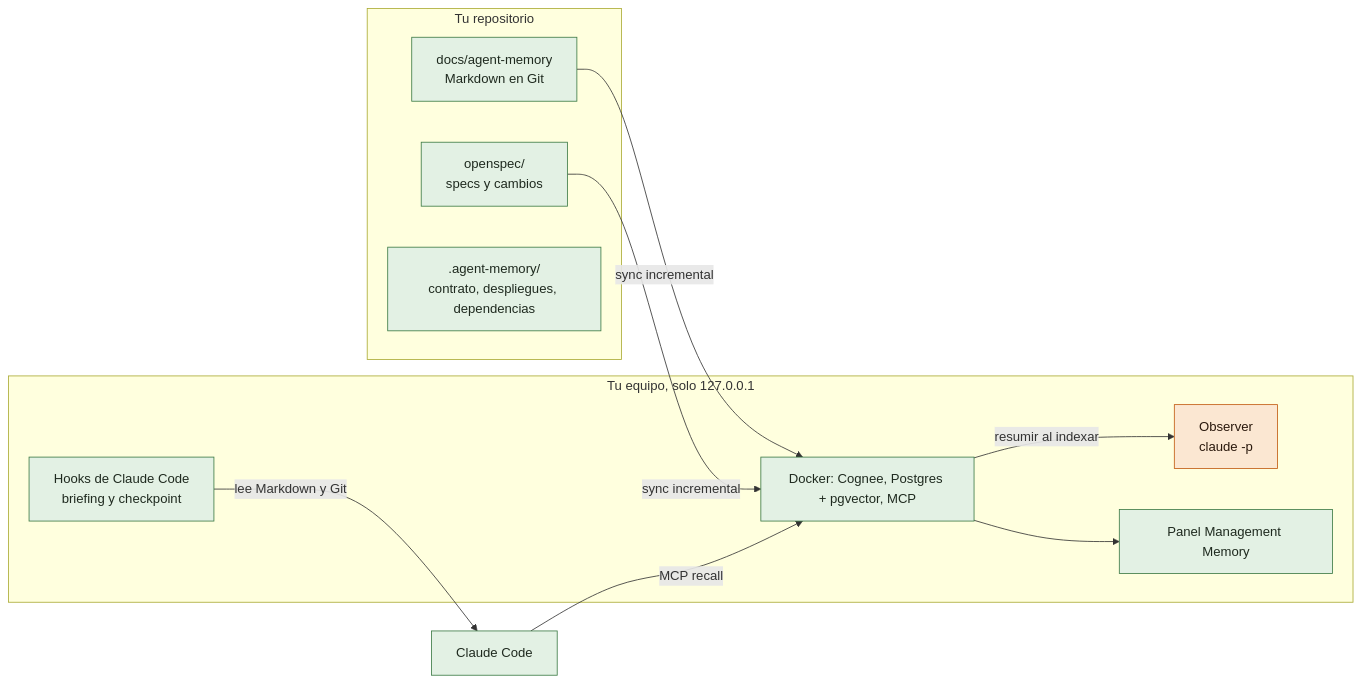
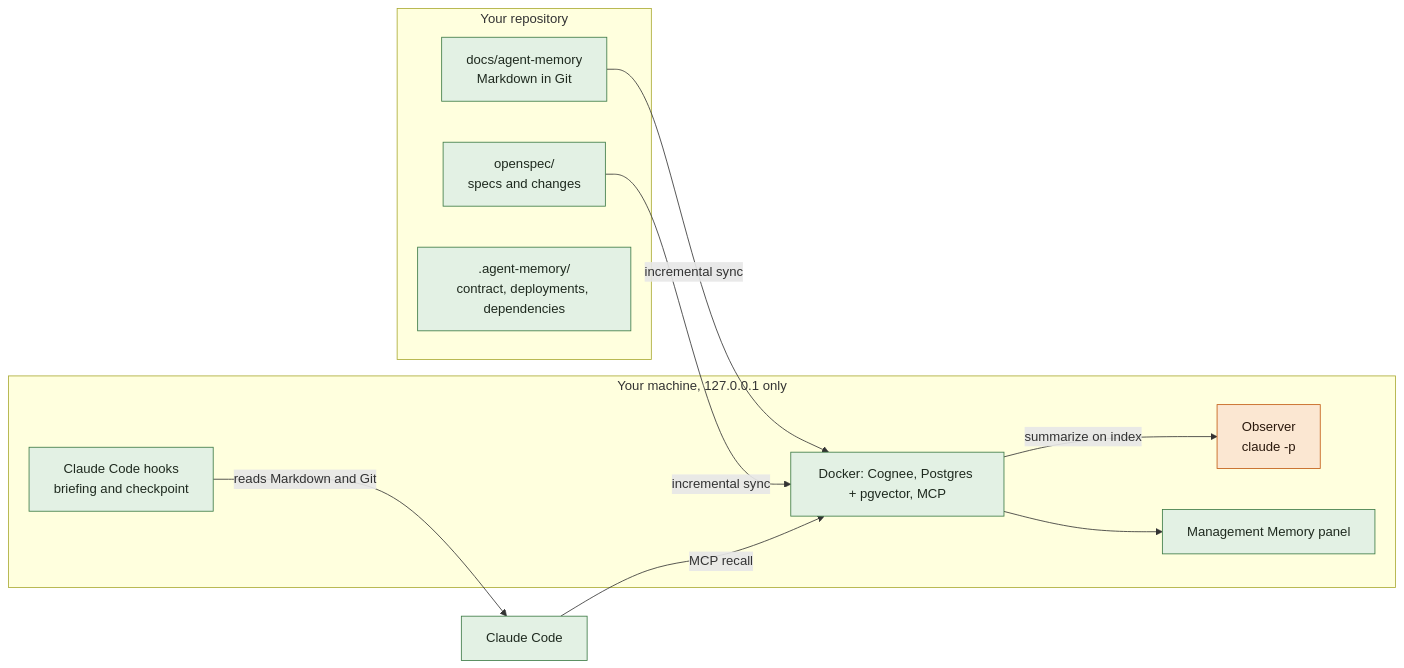
The first of 8 diagrams in docs/HOW_IT_WORKS.md (WRopero/Timewarden), drawn with Mermaid before and after one commit. The commit also changed other lines of this file and 97 other files, not shown here.

````diff
--- a/docs/HOW_IT_WORKS.md
+++ b/docs/HOW_IT_WORKS.md
@@ -6,25 +6,25 @@
 ```mermaid
 flowchart LR
-  subgraph REPO["Tu repositorio"]
-    MD["docs/agent-memory<br/>Markdown en Git"]
-    OS["openspec/<br/>specs y cambios"]
-    CTR[".agent-memory/<br/>contrato, despliegues, dependencias"]
+  subgraph REPO["Your repository"]
+    MD["docs/agent-memory<br/>Markdown in Git"]
+    OS["openspec/<br/>specs and changes"]
+    CTR[".agent-memory/<br/>contract, deployments, dependencies"]
   end
-  subgraph LOCAL["Tu equipo, solo 127.0.0.1"]
-    HOOKS["Hooks de Claude Code<br/>briefing y checkpoint"]
+  subgraph LOCAL["Your machine, 127.0.0.1 only"]
+    HOOKS["Claude Code hooks<br/>briefing and checkpoint"]
     DK["Docker: Cognee, Postgres + pgvector, MCP"]
     OBS["Observer<br/>claude -p"]
-    PANEL["Panel Management Memory"]
+    PANEL["Management Memory panel"]
   end
   CC["Claude Code"]
-  MD -->|"sync incremental"| DK
-  OS -->|"sync incremental"| DK
-  DK -->|"resumir al indexar"| OBS
-  HOOKS -->|"lee Markdown y Git"| CC
+  MD -->|"incremental sync"| DK
+  OS -->|"incremental sync"| DK
+  DK -->|"summarize on index"| OBS
+  HOOKS -->|"reads Markdown and Git"| CC
   CC -->|"MCP recall"| DK
   DK --> PANEL
   classDef free fill:#E3F1E4,stroke:#3C7A45,color:#1F2A1F
   classDef paid fill:#FBE7D2,stroke:#C25B12,color:#2A190D
   class HOOKS,CC,PANEL,MD,OS,CTR,DK free
   class OBS paid
 ```
````
